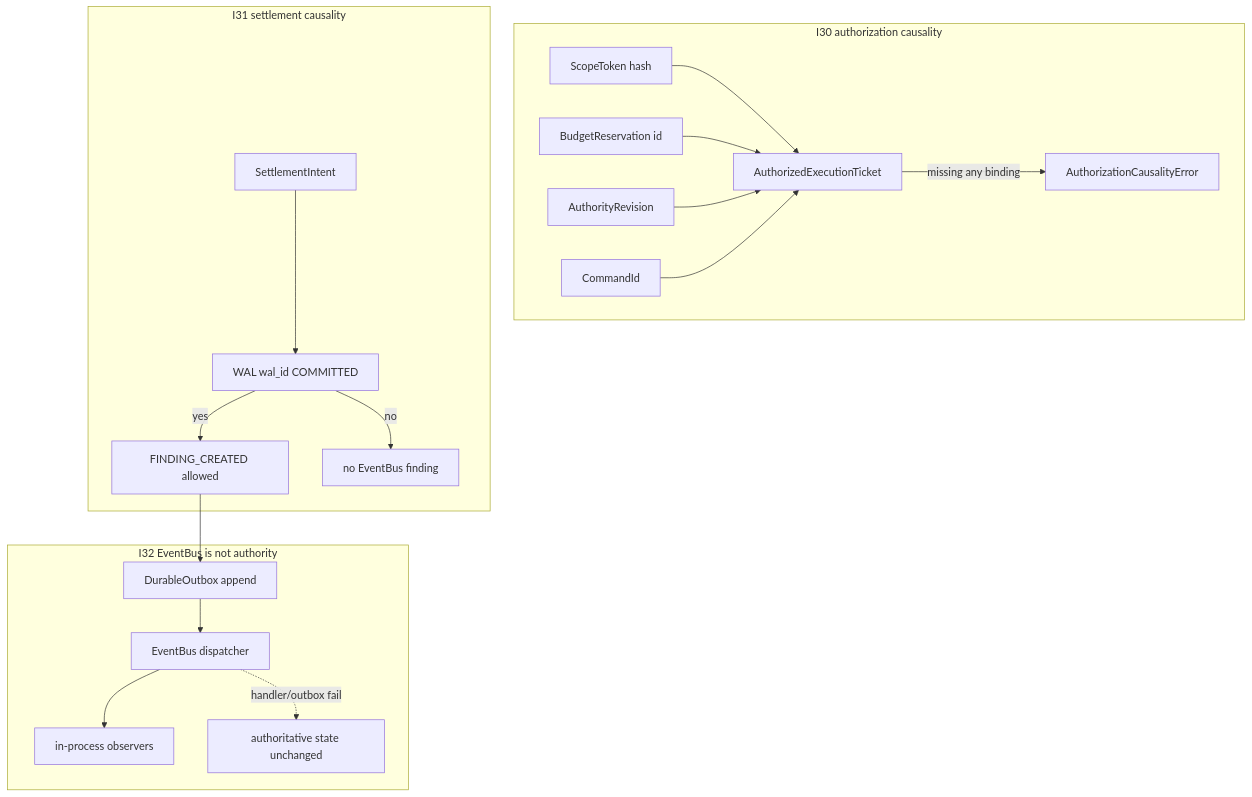
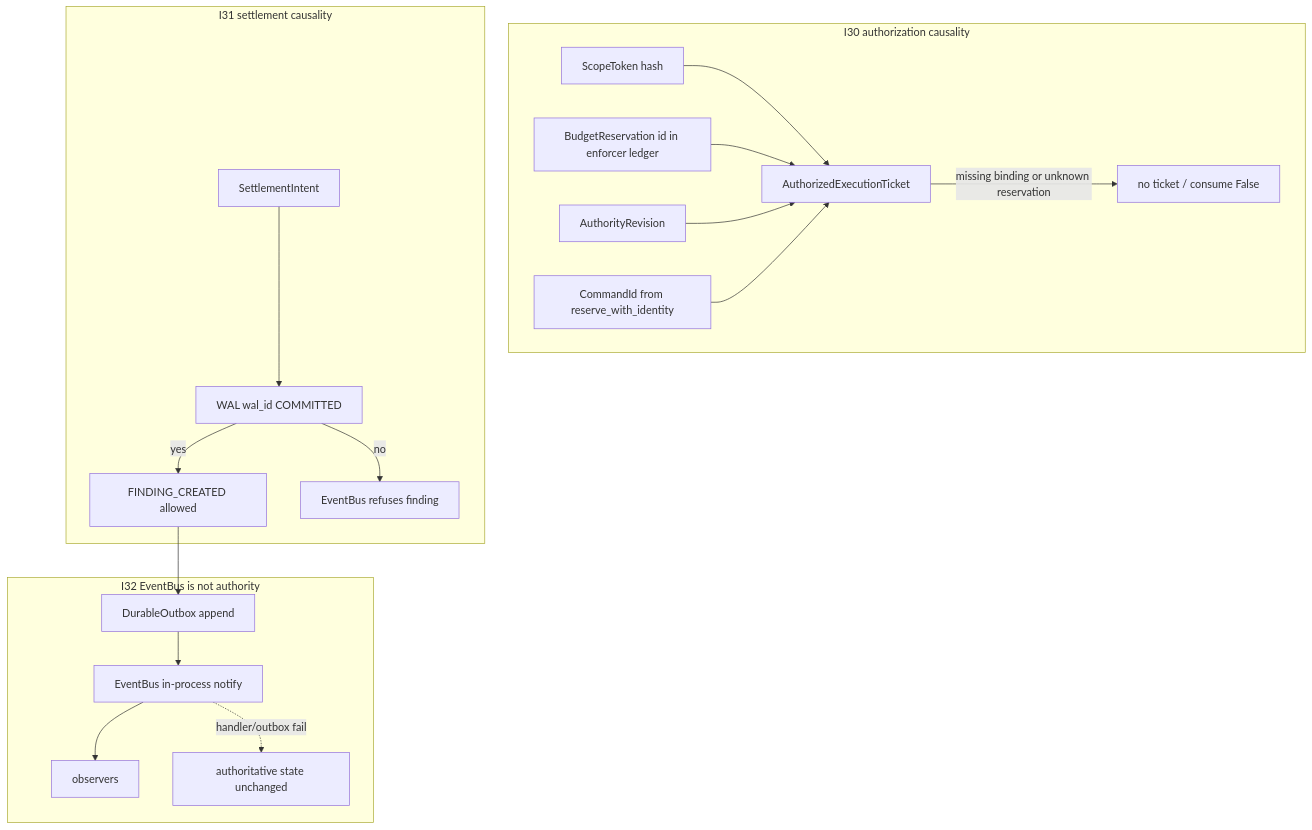
One commit to AviralGup7/Singularity-Zero changed diagram 13 of 13 in docs/flowchart.md. Above: the diagram before and after it, drawn with Mermaid. The commit also changed other lines of this file and 1 other file, not shown here.

Commit message:
docs: record fail-closed I30–I32 after the code landed
EventBus is an in-process dispatcher after the durable outbox.
Tickets require a recorded reservation; FINDING_CREATED requires wal_id.

````diff
--- a/docs/flowchart.md
+++ b/docs/flowchart.md
@@ -458,25 +460,25 @@
 ```mermaid
 flowchart TD
     subgraph I30["I30 authorization causality"]
         Scope["ScopeToken hash"]
-        Res["BudgetReservation id"]
+        Res["BudgetReservation id in enforcer ledger"]
         Rev["AuthorityRevision"]
-        Cmd["CommandId"]
+        Cmd["CommandId from reserve_with_identity"]
         Scope --> Ticket["AuthorizedExecutionTicket"]
         Res --> Ticket
         Rev --> Ticket
         Cmd --> Ticket
-        Ticket -->|"missing any binding"| Reject["AuthorizationCausalityError"]
+        Ticket -->|"missing binding or unknown reservation"| Reject["no ticket / consume False"]
     end
     subgraph I31["I31 settlement causality"]
         Intent["SettlementIntent"] --> Durable["WAL wal_id COMMITTED"]
         Durable -->|"yes"| Finding["FINDING_CREATED allowed"]
-        Durable -->|"no"| NoEmit["no EventBus finding"]
+        Durable -->|"no"| NoEmit["EventBus refuses finding"]
     end
     subgraph I32["I32 EventBus is not authority"]
         Finding --> Outbox["DurableOutbox append"]
-        Outbox --> Bus["EventBus dispatcher"]
-        Bus --> Consumers["in-process observers"]
+        Outbox --> Bus["EventBus in-process notify"]
+        Bus --> Consumers["observers"]
         Bus -.->|"handler/outbox fail"| Still["authoritative state unchanged"]
     end
 ```
````
